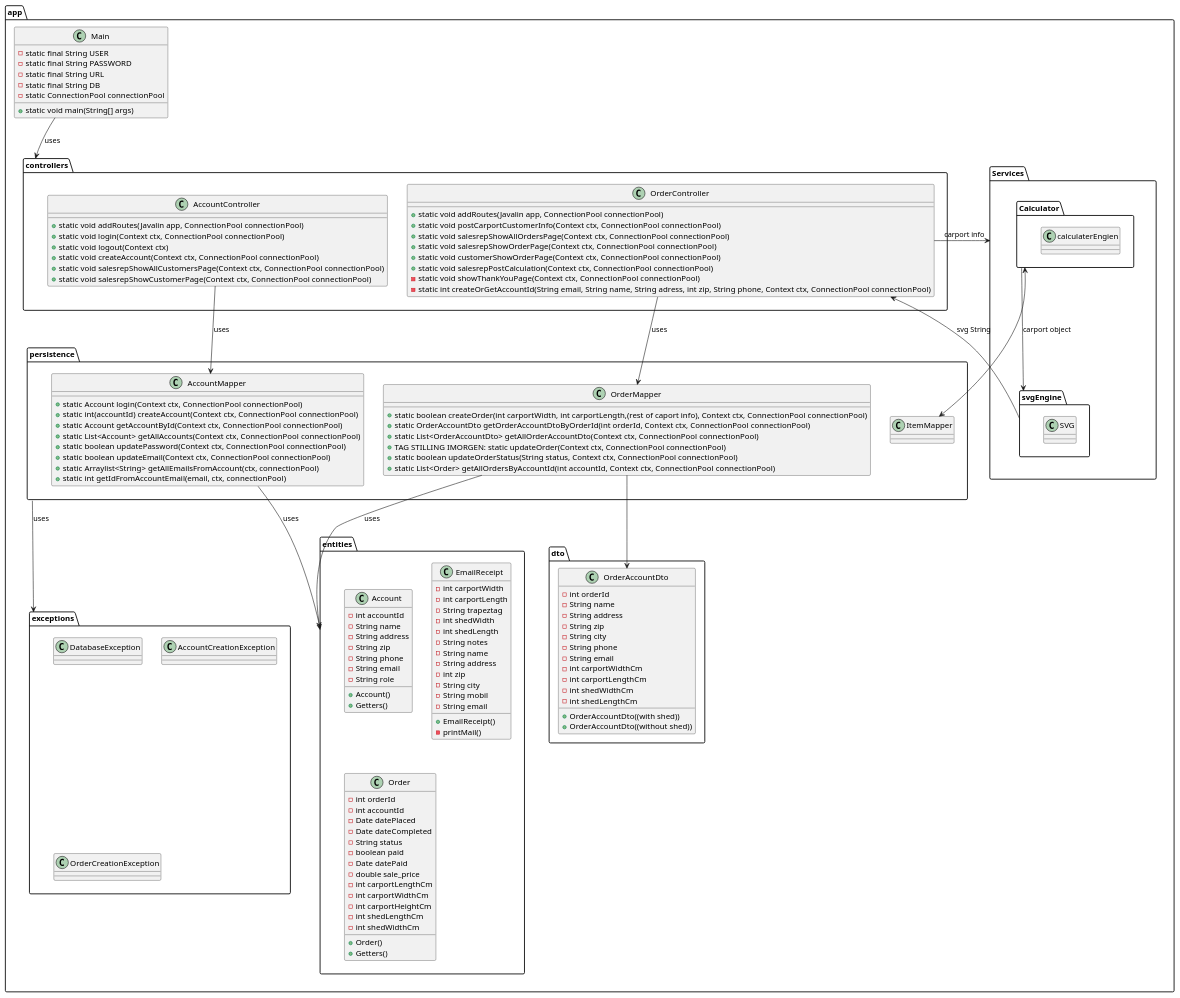
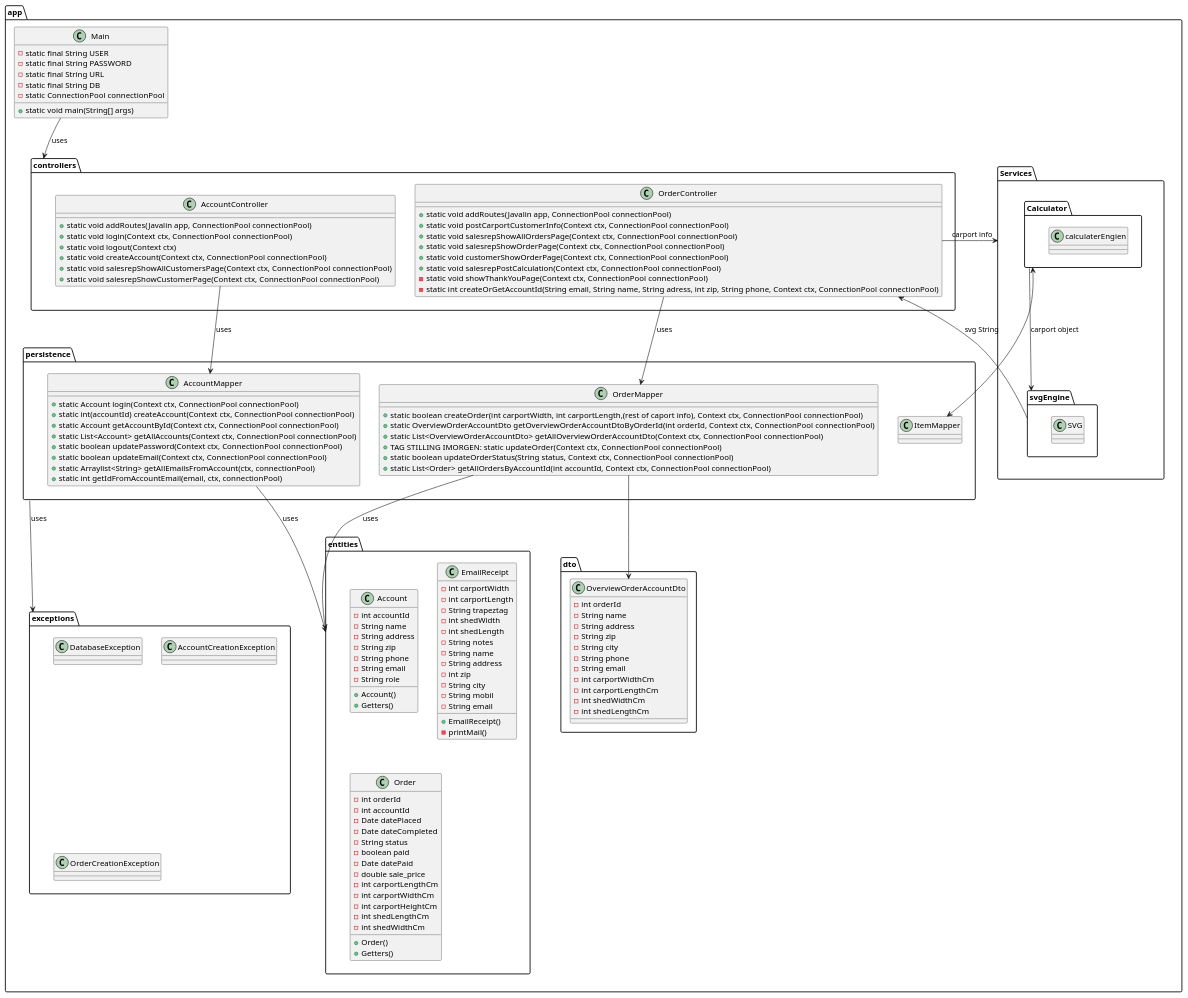
One commit to mrPrimeBeef/FogCarport changed the diagram in src/design/ClassDiagram.puml. Above: the diagram before and after it, drawn with PlantUML. The commit also changed 1 other file, not shown here.

Commit message:
final with classdiagram for PR

```diff
--- a/src/design/ClassDiagram.puml
+++ b/src/design/ClassDiagram.puml
@@ -1,189 +1,185 @@
 @startuml
 package app {
 
   class Main {
     - static final String USER
     - static final String PASSWORD
     - static final String URL
     - static final String DB
     - static ConnectionPool connectionPool
     + static void main(String[] args)
 
   }
 
 
   package controllers {
     class AccountController{
     + static void addRoutes(Javalin app, ConnectionPool connectionPool)
     + static void login(Context ctx, ConnectionPool connectionPool)
     + static void logout(Context ctx)
     + static void createAccount(Context ctx, ConnectionPool connectionPool)
     + static void salesrepShowAllCustomersPage(Context ctx, ConnectionPool connectionPool)
     + static void salesrepShowCustomerPage(Context ctx, ConnectionPool connectionPool)
-
-
       }
     class OrderController{
     + static void addRoutes(Javalin app, ConnectionPool connectionPool)
     + static void postCarportCustomerInfo(Context ctx, ConnectionPool connectionPool)
     + static void salesrepShowAllOrdersPage(Context ctx, ConnectionPool connectionPool)
     + static void salesrepShowOrderPage(Context ctx, ConnectionPool connectionPool)
     + static void customerShowOrderPage(Context ctx, ConnectionPool connectionPool)
     + static void salesrepPostCalculation(Context ctx, ConnectionPool connectionPool)
     - static void showThankYouPage(Context ctx, ConnectionPool connectionPool)
     - static int createOrGetAccountId(String email, String name, String adress, int zip, String phone, Context ctx, ConnectionPool connectionPool)
     }
   }
 
   package persistence {
     class AccountMapper{
       + static Account login(Context ctx, ConnectionPool connectionPool)
       + static int(accountId) createAccount(Context ctx, ConnectionPool connectionPool)
       + static Account getAccountById(Context ctx, ConnectionPool connectionPool)
       + static List<Account> getAllAccounts(Context ctx, ConnectionPool connectionPool)
       + static boolean updatePassword(Context ctx, ConnectionPool connectionPool)
       + static boolean updateEmail(Context ctx, ConnectionPool connectionPool)
       + static Arraylist<String> getAllEmailsFromAccount(ctx, connectionPool)
       + static int getIdFromAccountEmail(email, ctx, connectionPool)
 
     }
     class OrderMapper{
     + static boolean createOrder(int carportWidth, int carportLength,(rest of caport info), Context ctx, ConnectionPool connectionPool)
-    + static OrderAccountDto getOrderAccountDtoByOrderId(int orderId, Context ctx, ConnectionPool connectionPool)
-    + static List<OrderAccountDto> getAllOrderAccountDto(Context ctx, ConnectionPool connectionPool)
+    + static OverviewOrderAccountDto getOverviewOrderAccountDtoByOrderId(int orderId, Context ctx, ConnectionPool connectionPool)
+    + static List<OverviewOrderAccountDto> getAllOverviewOrderAccountDto(Context ctx, ConnectionPool connectionPool)
     + TAG STILLING IMORGEN: static updateOrder(Context ctx, ConnectionPool connectionPool)
     + static boolean updateOrderStatus(String status, Context ctx, ConnectionPool connectionPool)
     + static List<Order> getAllOrdersByAccountId(int accountId, Context ctx, ConnectionPool connectionPool)
     }
     class ItemMapper{
 
     }
   }
 
   package Services{
   package svgEngine {
   class SVG{
   }
   }
   package Calculator{
   class calculaterEngien{
 
   }
 
   }
   }
 
   package entities{
      class Account{
         - int accountId
         - String name
         - String address
         - String zip
         - String phone
         - String email
         - String role
         + Account()
         + Getters()
      }
 
      class EmailReceipt{
      - int carportWidth
      - int carportLength
      - String trapeztag
      -int shedWidth
      - int shedLength
      - String notes
      - String name
      - String address
      - int zip
      - String city
      - String mobil
      - String email
      + EmailReceipt()
      - printMail()
 
      }
 
      class Order {
              -int orderId
              -int accountId
              -Date datePlaced
              -Date dateCompleted
              -String status
              -boolean paid
              -Date datePaid
              -double sale_price
              -int carportLengthCm
              -int carportWidthCm
              -int carportHeightCm
              -int shedLengthCm
              -int shedWidthCm
              +Order()
              +Getters()
          }
 '     class Orderlines {
 '         - int orderNumber
 '         - int cupcakeId
 '         - int quantity
 '         + OrderLines(int orderNumber, int cupcakeId, int quantity)
 '         + int getOrderNumber()
 '         + int getCupcakeId()
 '         + int getQuantity()
 '         + calculateSubtotal(Cupcake cupcake)
 '         + toString()
 '         }
 
   }
 
   package dto {
 
-    class OrderAccountDto {
+    class OverviewOrderAccountDto {
        - int orderId
        - String name
        - String address
        - String zip
        - String city
        - String phone
        - String email
        - int carportWidthCm
        - int carportLengthCm
        - int shedWidthCm
        - int shedLengthCm
-       + OrderAccountDto((with shed))
-       + OrderAccountDto((without shed))
        }
 
   }
 
   package exceptions {
 
   class DatabaseException{
   }
 
   class AccountCreationException{
   }
   class OrderCreationException{
   }
   }
 
   }
 
     Main --> controllers : uses
 
     AccountController --> AccountMapper : uses
     OrderController --> OrderMapper : uses
-    OrderMapper --> OrderAccountDto
+    OrderMapper --> OverviewOrderAccountDto
 
     AccountMapper --> entities : uses
     OrderMapper --> entities : uses
 
     persistence -->  exceptions : uses
 
     Calculator --> svgEngine : carport object
 
     svgEngine --> OrderController : svg String
 
     Calculator <--> ItemMapper
 
     OrderController --> Services : carport info
 @enduml
```
